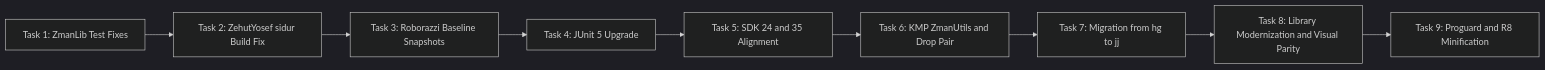
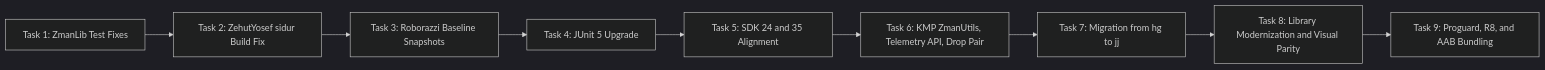
The second of 7 diagrams in docs/superpowers/specs/master-roadmap.md (jgindin/zmanim), drawn with Mermaid (dark theme) before and after one commit. The commit also changed other lines of this file and 2 other files, not shown here.

Commit message:
Update Phase 1 spec, plan, and master roadmap with Play Store delivery and telemetry

````diff
--- a/docs/superpowers/specs/master-roadmap.md
+++ b/docs/superpowers/specs/master-roadmap.md
@@ -51,11 +53,11 @@
 ```mermaid
 flowchart LR
     T1["Task 1: ZmanLib Test Fixes"] --> T2["Task 2: ZehutYosef sidur Build Fix"]
     T2 --> T3["Task 3: Roborazzi Baseline Snapshots"]
     T3 --> T4["Task 4: JUnit 5 Upgrade"]
     T4 --> T5["Task 5: SDK 24 and 35 Alignment"]
-    T5 --> T6["Task 6: KMP ZmanUtils and Drop Pair"]
+    T5 --> T6["Task 6: KMP ZmanUtils, Telemetry API, Drop Pair"]
     T6 --> T7["Task 7: Migration from hg to jj"]
     T7 --> T8["Task 8: Library Modernization and Visual Parity"]
-    T8 --> T9["Task 9: Proguard and R8 Minification"]
+    T8 --> T9["Task 9: Proguard, R8, and AAB Bundling"]
 ```
````
